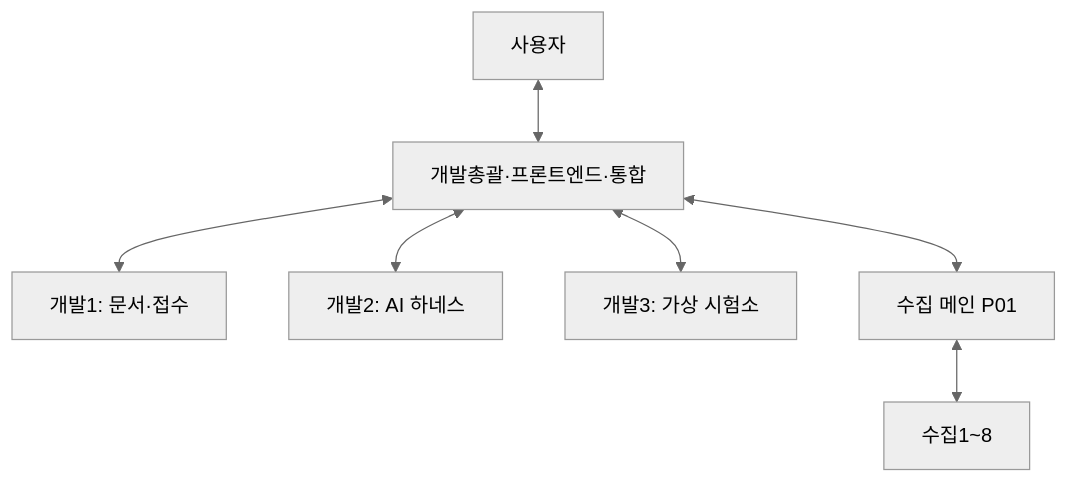
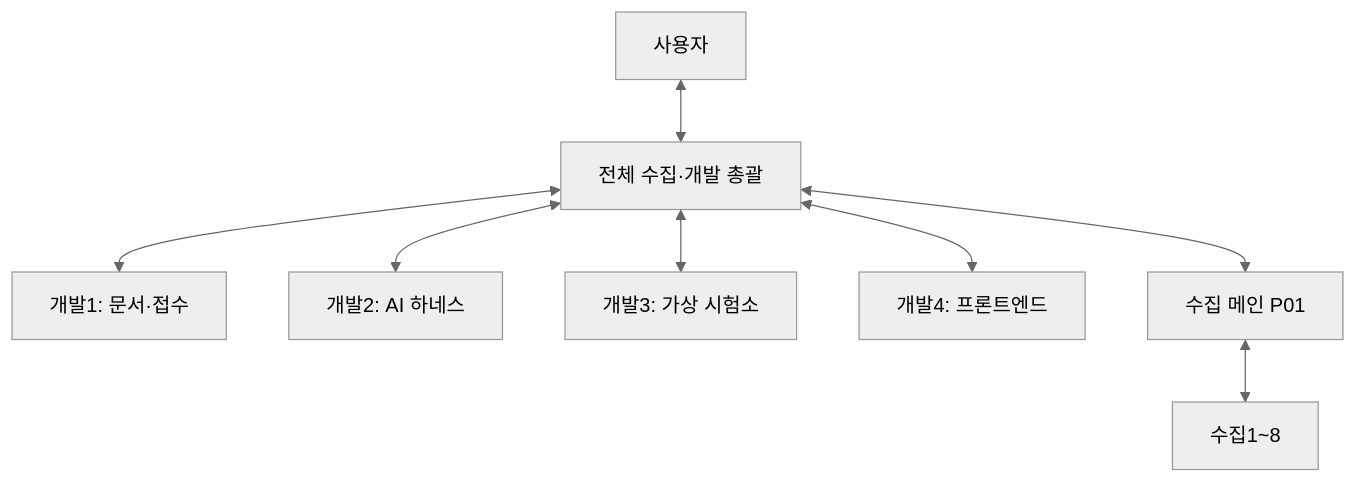
Before and after one commit to hctinno/DEVICE: the diagram in handoff/development/README.md, drawn with Mermaid (neutral theme). The commit also changed other lines of this file and 3 other files, not shown here.

````diff
--- a/handoff/development/README.md
+++ b/handoff/development/README.md
@@ -9,9 +9,10 @@
 ```mermaid
 flowchart TD
-    U[사용자] <--> D[개발총괄·프론트엔드·통합]
+    U[사용자] <--> D[전체 수집·개발 총괄]
     D <--> D1[개발1: 문서·접수]
     D <--> D2[개발2: AI 하네스]
     D <--> D3[개발3: 가상 시험소]
+    D <--> D4[개발4: 프론트엔드]
     D <--> P[수집 메인 P01]
     P <--> C[수집1~8]
 ```
````
